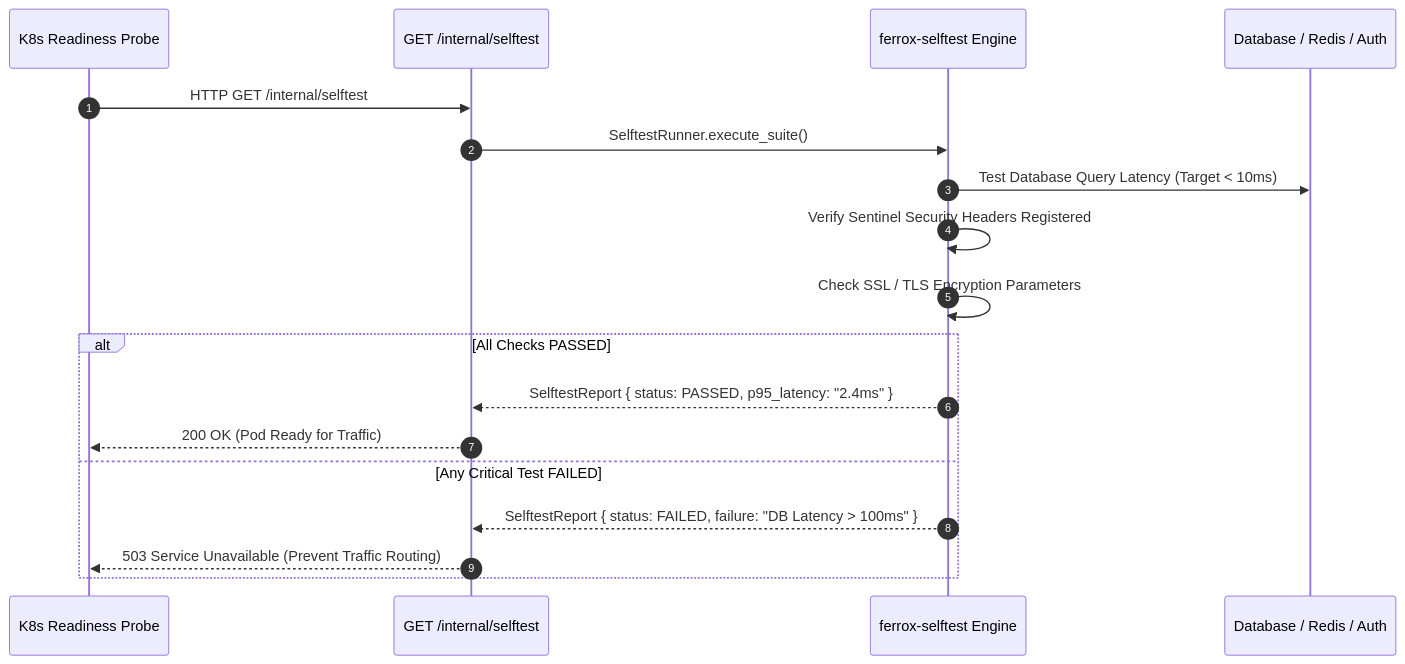
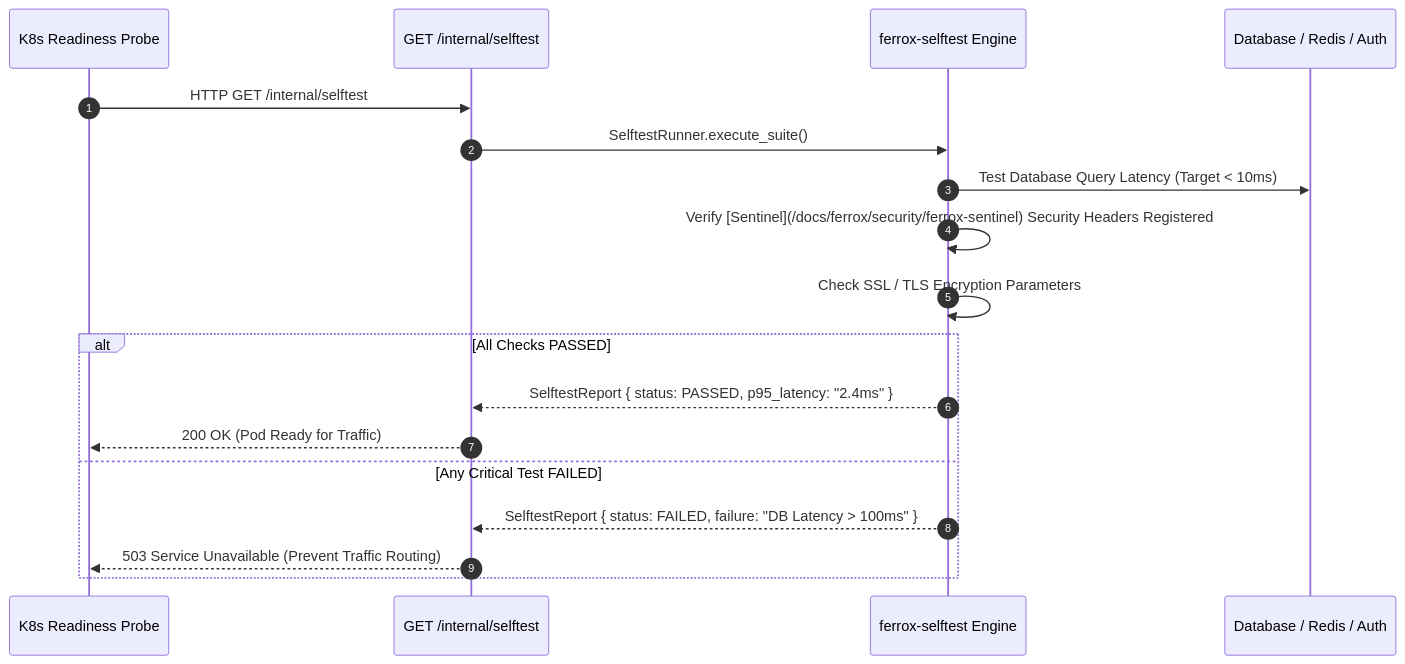
The diagram in docs/ferrox/security/ferrox-selftest.md (AI-Autistic-Intelligence/ferrox-docs), drawn with Mermaid before and after one commit. The commit also changed 121 other files, not shown here.

````diff
--- a/docs/ferrox/security/ferrox-selftest.md
+++ b/docs/ferrox/security/ferrox-selftest.md
@@ -49,21 +49,21 @@
 ```mermaid
 sequenceDiagram
     autonumber
     participant K8s as K8s Readiness Probe
     participant Endpoint as GET /internal/selftest
     participant Engine as ferrox-selftest Engine
     participant DB as Database / Redis / Auth
 
     K8s->>Endpoint: HTTP GET /internal/selftest
     Endpoint->>Engine: SelftestRunner.execute_suite()
     Engine->>DB: Test Database Query Latency (Target < 10ms)
-    Engine->>Engine: Verify Sentinel Security Headers Registered
+    Engine->>Engine: Verify [Sentinel](/docs/ferrox/security/ferrox-sentinel) Security Headers Registered
     Engine->>Engine: Check SSL / TLS Encryption Parameters
     alt All Checks PASSED
         Engine-->>Endpoint: SelftestReport { status: PASSED, p95_latency: "2.4ms" }
         Endpoint-->>K8s: 200 OK (Pod Ready for Traffic)
     else Any Critical Test FAILED
         Engine-->>Endpoint: SelftestReport { status: FAILED, failure: "DB Latency > 100ms" }
         Endpoint-->>K8s: 503 Service Unavailable (Prevent Traffic Routing)
     end
 ```
````
